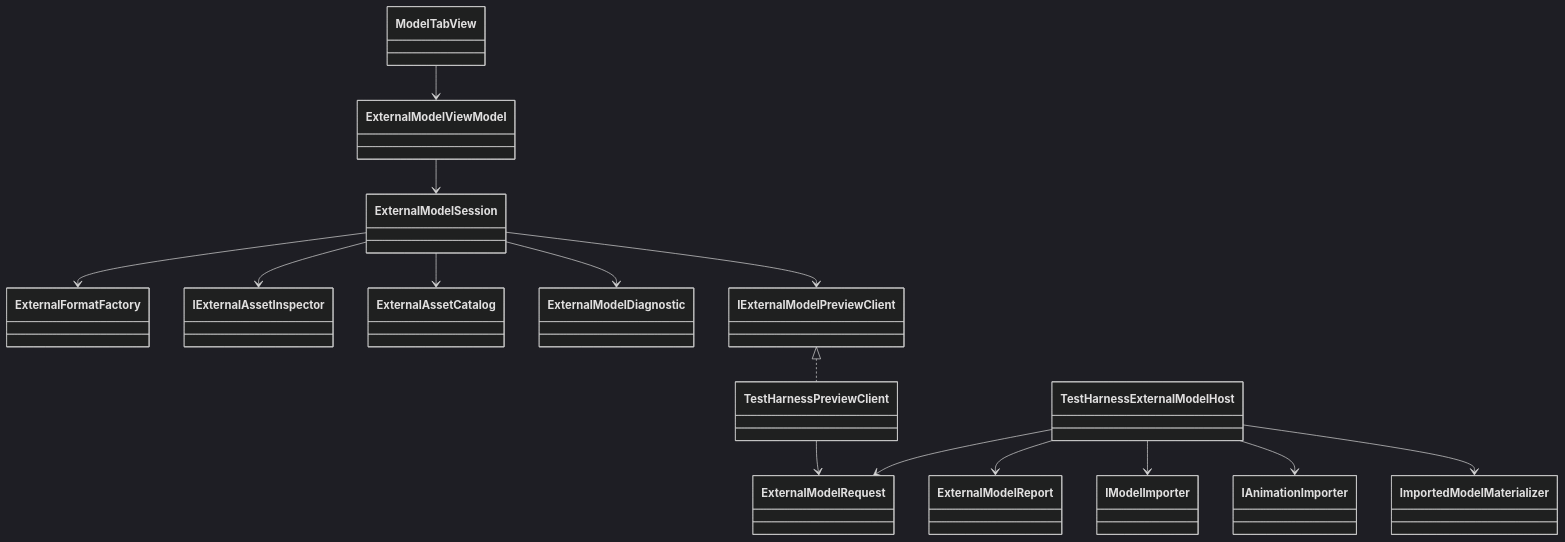
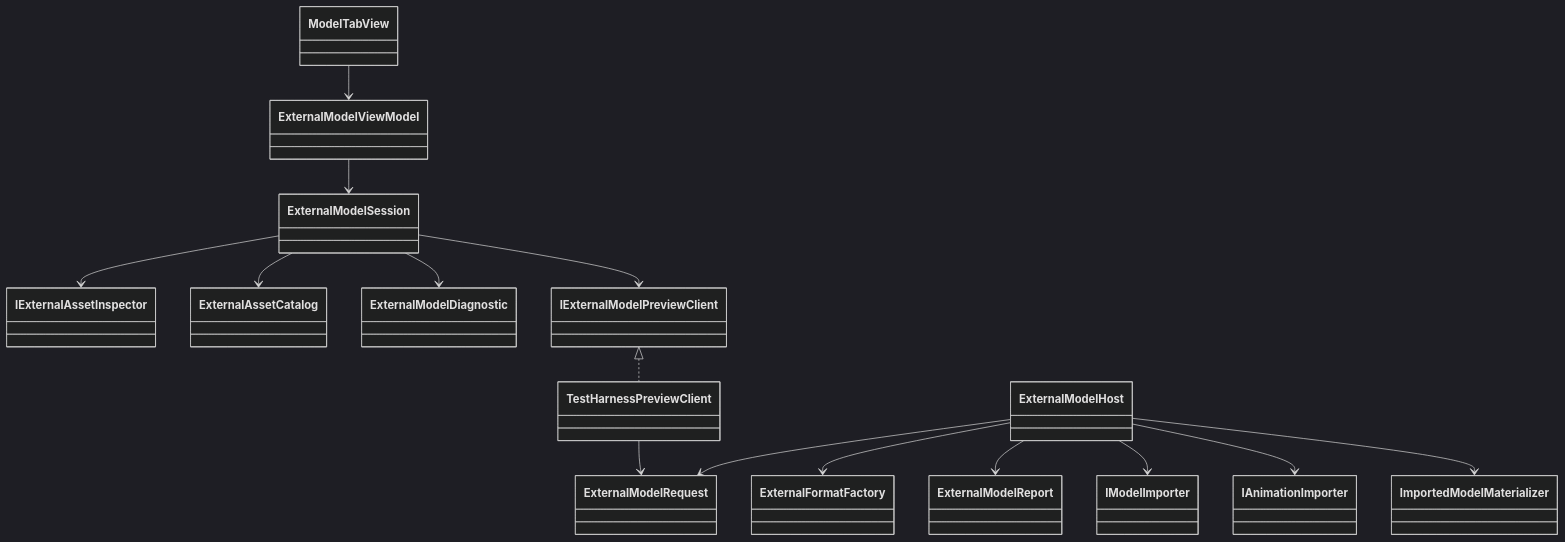
The first of 3 diagrams in docs/roadmap/deep-dives/c5-external-model-tooling.md (rmessinger/Panopticon), drawn with Mermaid (dark theme) before and after one commit. The commit also changed 33 other files, not shown here.

````diff
--- a/docs/roadmap/deep-dives/c5-external-model-tooling.md
+++ b/docs/roadmap/deep-dives/c5-external-model-tooling.md
@@ -317,33 +317,33 @@
 ```mermaid
 classDiagram
   class ModelTabView
   class ExternalModelViewModel
   class ExternalModelSession
   class ExternalFormatFactory
   class IExternalAssetInspector
   class ExternalAssetCatalog
   class ExternalModelDiagnostic
   class IExternalModelPreviewClient
   class TestHarnessPreviewClient
   class ExternalModelRequest
   class ExternalModelReport
-  class TestHarnessExternalModelHost
+  class ExternalModelHost
   class IModelImporter
   class IAnimationImporter
   class ImportedModelMaterializer
 
   ModelTabView --> ExternalModelViewModel
   ExternalModelViewModel --> ExternalModelSession
-  ExternalModelSession --> ExternalFormatFactory
+  ExternalModelHost --> ExternalFormatFactory
   ExternalModelSession --> IExternalAssetInspector
   ExternalModelSession --> ExternalAssetCatalog
   ExternalModelSession --> ExternalModelDiagnostic
   ExternalModelSession --> IExternalModelPreviewClient
   IExternalModelPreviewClient <|.. TestHarnessPreviewClient
   TestHarnessPreviewClient --> ExternalModelRequest
-  TestHarnessExternalModelHost --> ExternalModelRequest
-  TestHarnessExternalModelHost --> ExternalModelReport
-  TestHarnessExternalModelHost --> IModelImporter
-  TestHarnessExternalModelHost --> IAnimationImporter
-  TestHarnessExternalModelHost --> ImportedModelMaterializer
+  ExternalModelHost --> ExternalModelRequest
+  ExternalModelHost --> ExternalModelReport
+  ExternalModelHost --> IModelImporter
+  ExternalModelHost --> IAnimationImporter
+  ExternalModelHost --> ImportedModelMaterializer
 ```
````
